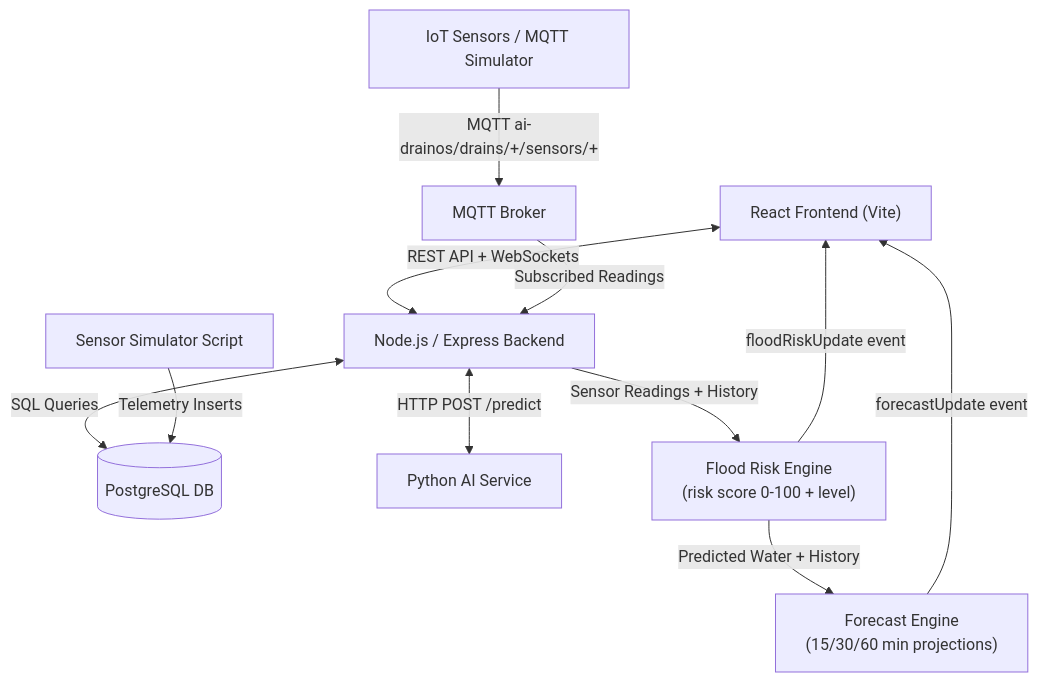
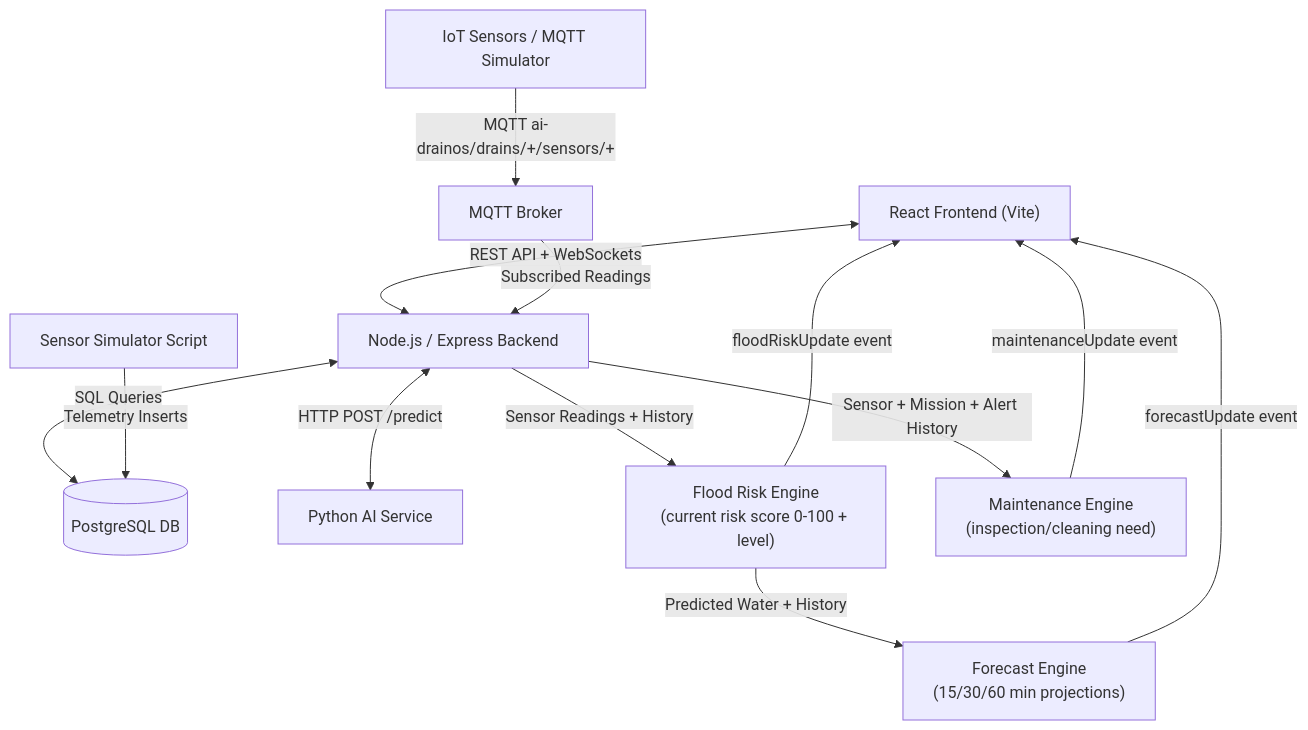
Before and after one commit to aakash00000001/AI-DrainOS: the first of 2 diagrams in README.md, drawn with Mermaid. The commit also changed other lines of this file and 14 other files, not shown here.

````diff
--- a/README.md
+++ b/README.md
@@ -89,13 +90,15 @@
 ```mermaid
 graph TD
     UI["React Frontend (Vite)"] <-->|REST API + WebSockets| Server["Node.js / Express Backend"]
     Server <-->|SQL Queries| DB[("PostgreSQL DB")]
     Server <-->|HTTP POST /predict| AI["Python AI Service"]
     IoT["IoT Sensors / MQTT Simulator"] -->|MQTT ai-drainos/drains/+/sensors/+| Broker["MQTT Broker"]
     Broker -->|Subscribed Readings| Server
-    Server -->|Sensor Readings + History| Risk["Flood Risk Engine<br/>(risk score 0-100 + level)"]
+    Server -->|Sensor Readings + History| Risk["Flood Risk Engine<br/>(current risk score 0-100 + level)"]
     Risk -->|floodRiskUpdate event| UI
     Risk -->|Predicted Water + History| Forecast["Forecast Engine<br/>(15/30/60 min projections)"]
     Forecast -->|forecastUpdate event| UI
+    Server -->|Sensor + Mission + Alert History| Maintenance["Maintenance Engine<br/>(inspection/cleaning need)"]
+    Maintenance -->|maintenanceUpdate event| UI
     Sim["Sensor Simulator Script"] -->|Telemetry Inserts| DB
 ```
````
